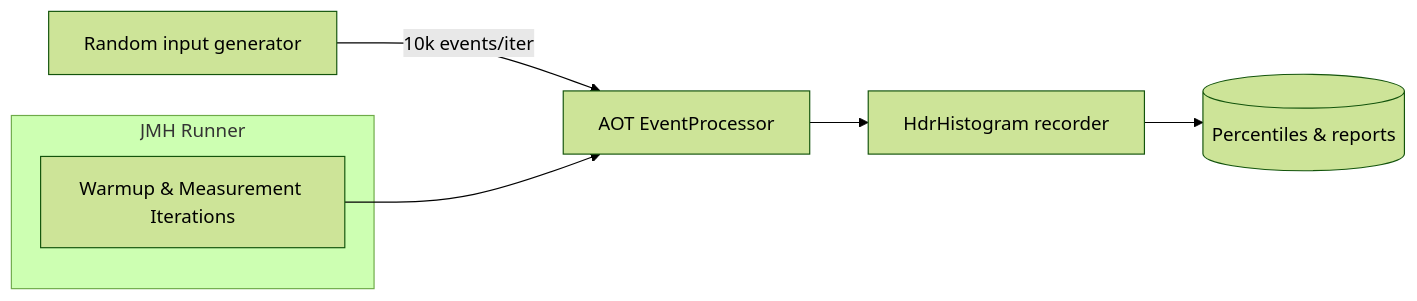
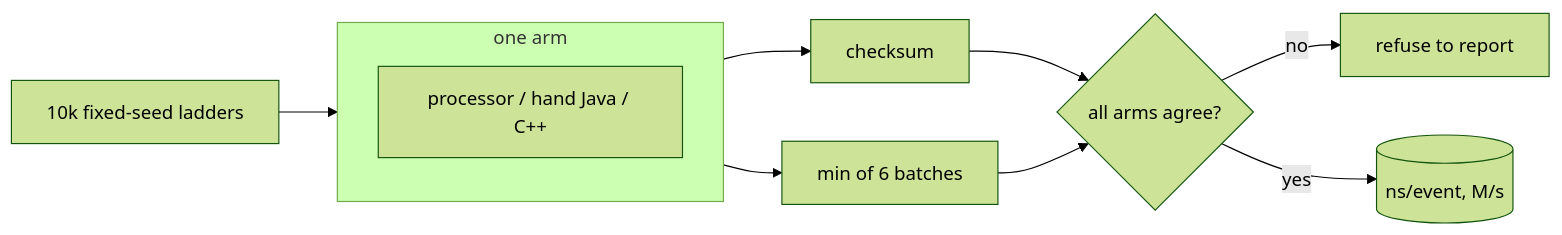
Before and after one commit to telaminai/fluxtion: the diagram in docs/reference/performance.md, drawn with Mermaid (forest theme). The commit also changed other lines of this file and 10 other files, not shown here.

````diff
--- a/docs/reference/performance.md
+++ b/docs/reference/performance.md
@@ -434,10 +157,13 @@
 ```mermaid
 flowchart LR
-    subgraph JMH[JMH Runner]
-      DIR[Warmup & Measurement Iterations]
+    GEN[10k fixed-seed ladders] --> ARM
+    subgraph ARM[one arm]
+      EP[processor / hand Java / C++]
     end
-    GEN[Random input generator] -->|10k events/iter| EP[AOT EventProcessor]
-    EP --> REC[HdrHistogram recorder]
-    DIR --> EP
-    REC --> OUT[(Percentiles & reports)]
+    ARM --> CHK[checksum]
+    ARM --> T[min of 6 batches]
+    CHK --> GATE{all arms agree?}
+    T --> GATE
+    GATE -->|no| REF[refuse to report]
+    GATE -->|yes| OUT[(ns/event, M/s)]
 ```
````
